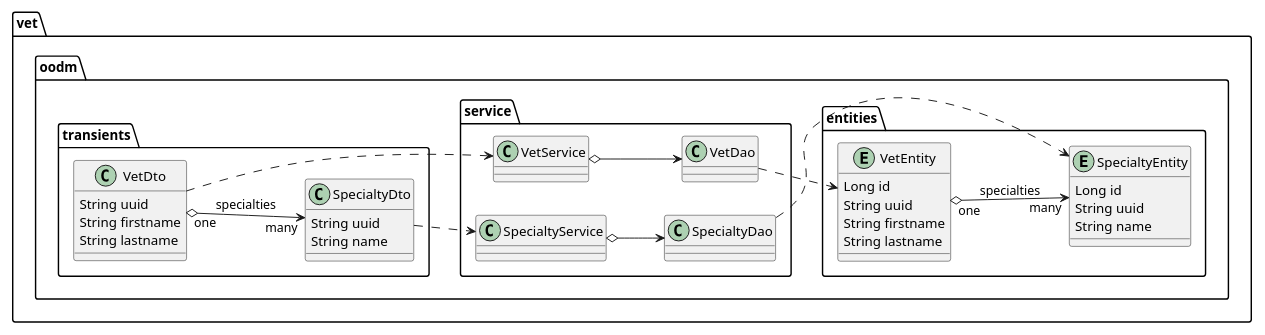
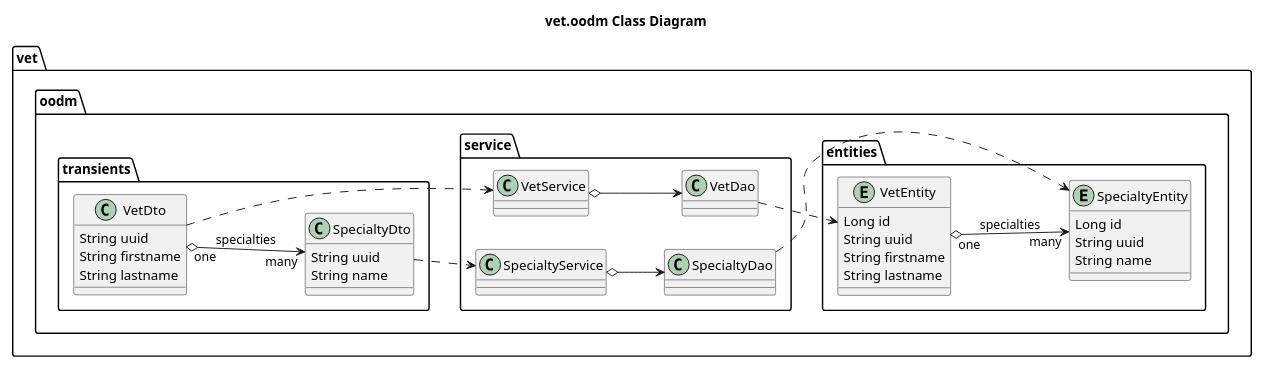
The diagram in puml/vet/implementation/DB__Class.puml (Jakarta-EE-Petclinic/petclinic-uml), drawn with PlantUML before and after one commit. The commit also changed 13 other files, not shown here.

```diff
--- a/puml/vet/implementation/DB__Class.puml
+++ b/puml/vet/implementation/DB__Class.puml
@@ -1,74 +1,76 @@
 @startuml
 'https://plantuml.com/class-diagram
+
+title vet.oodm Class Diagram
 
 left to right direction
 'top to bottom direction
 
 scale 1000 width
 
 package vet.oodm {
 
     package vet.oodm.entities {
 
         entity VetEntity {
             Long id
             String uuid
             String firstname
             String lastname
         }
 
         entity SpecialtyEntity {
             Long id
             String uuid
             String name
         }
 
         VetEntity "one" o--> "many" SpecialtyEntity: specialties
     }
 
     package vet.oodm.service {
 
         class VetService {
 
         }
 
         class VetDao {
 
         }
 
         class SpecialtyService {
 
         }
 
         class SpecialtyDao {
 
         }
 
         VetService o--> VetDao
         SpecialtyService o--> SpecialtyDao
 
         VetDao ..> VetEntity
         SpecialtyDao ..> SpecialtyEntity
     }
 
     package vet.oodm.transients {
 
         class VetDto {
             String uuid
             String firstname
             String lastname
         }
 
         class SpecialtyDto {
             String uuid
             String name
         }
 
         VetDto "one" o--> "many" SpecialtyDto: specialties
 
         VetDto ..> VetService
         SpecialtyDto ..> SpecialtyService
     }
 }
 
 @enduml
```
